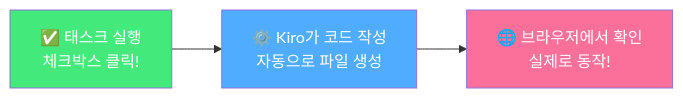
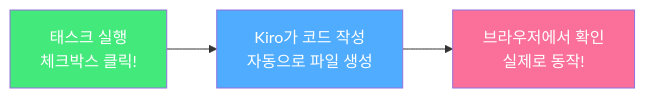
Before and after one commit to rornfdlek/kiro-workshop-gsretail-gitbook: the diagram in module3-implementation/README.md, drawn with Mermaid. The commit also changed 6 other files, not shown here.

First line of the commit message:
Fix Mermaid diagrams and SVG image sizing for GitBook

````diff
--- a/module3-implementation/README.md
+++ b/module3-implementation/README.md
@@ -13,9 +13,9 @@
 ```mermaid
 graph LR
-    A["✅ 태스크 실행\n체크박스 클릭!"] --> B["⚙️ Kiro가 코드 작성\n자동으로 파일 생성"]
-    B --> C["🌐 브라우저에서 확인\n실제로 동작!"]
+    A["태스크 실행\n체크박스 클릭!"] --> B["Kiro가 코드 작성\n자동으로 파일 생성"]
+    B --> C["브라우저에서 확인\n실제로 동작!"]
 
     style A fill:#43e97b,color:#fff
     style B fill:#4facfe,color:#fff
     style C fill:#fa709a,color:#fff
 ```
````
